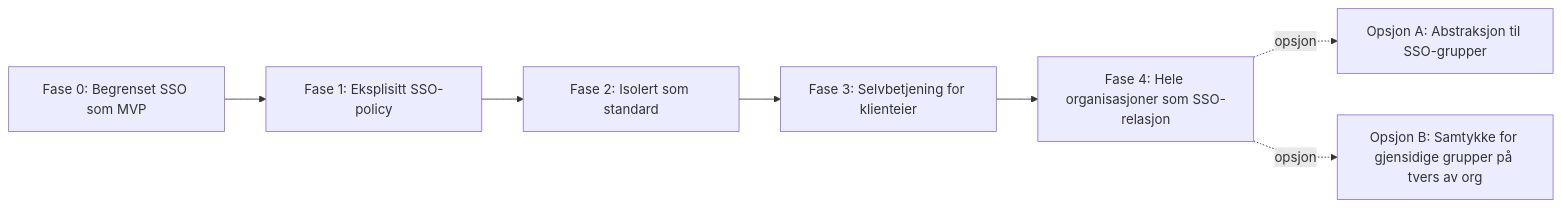
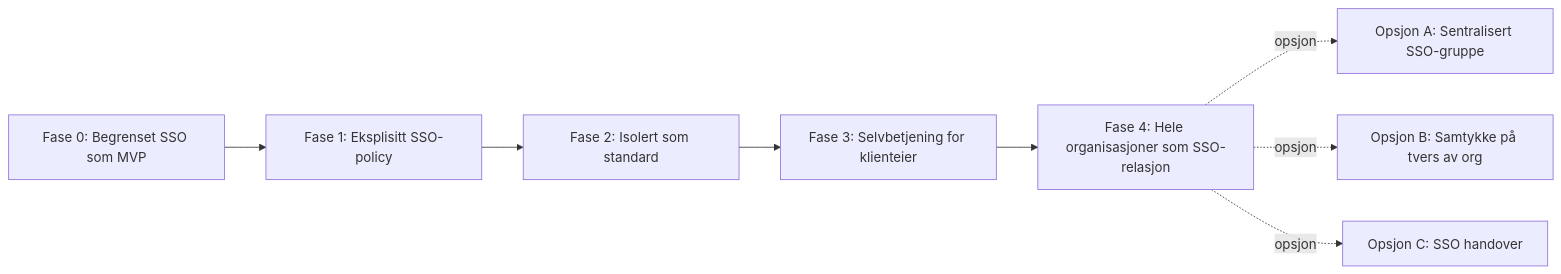
Before and after one commit to felleslosninger/docs: the third of 3 diagrams in _docs/idporten/oidc/oidc_sso_grupper.md, drawn with Mermaid. The commit also changed other lines of this file, not shown here.

First line of the commit message:
ID-7136: spisse SSO-grupper-teksten

```diff
--- a/_docs/idporten/oidc/oidc_sso_grupper.md
+++ b/_docs/idporten/oidc/oidc_sso_grupper.md
@@ -302,9 +284,10 @@
 <div class="mermaid">
 graph LR
     F0[Fase 0: Begrenset SSO som MVP] --> F1[Fase 1: Eksplisitt SSO-policy]
     F1 --> F2[Fase 2: Isolert som standard]
     F2 --> F3[Fase 3: Selvbetjening for klienteier]
     F3 --> F4[Fase 4: Hele organisasjoner som SSO-relasjon]
-    F4 -. opsjon .-> OA[Opsjon A: Abstraksjon til SSO-grupper]
-    F4 -. opsjon .-> OB[Opsjon B: Samtykke for gjensidige grupper på tvers av org]
+    F4 -. opsjon .-> OA[Opsjon A: Sentralisert SSO-gruppe]
+    F4 -. opsjon .-> OB[Opsjon B: Samtykke på tvers av org]
+    F4 -. opsjon .-> OC[Opsjon C: SSO handover]
 </div>
```
